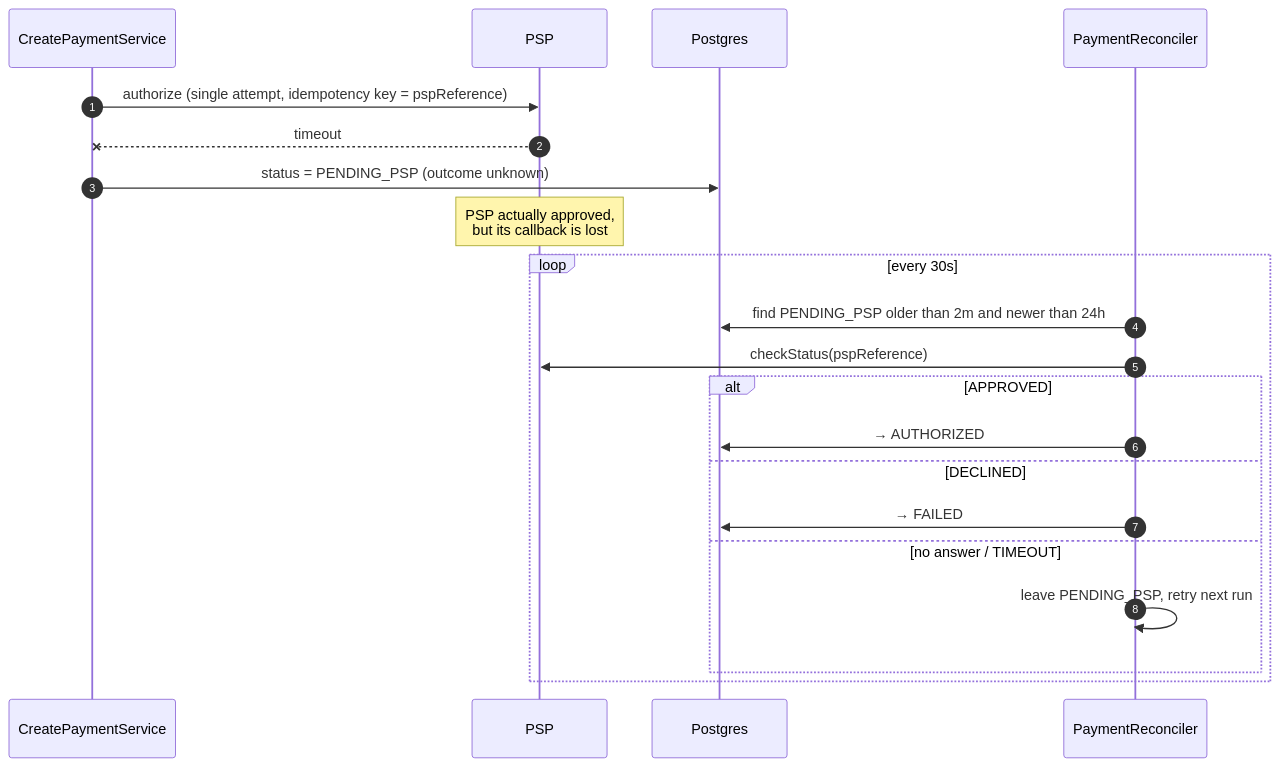
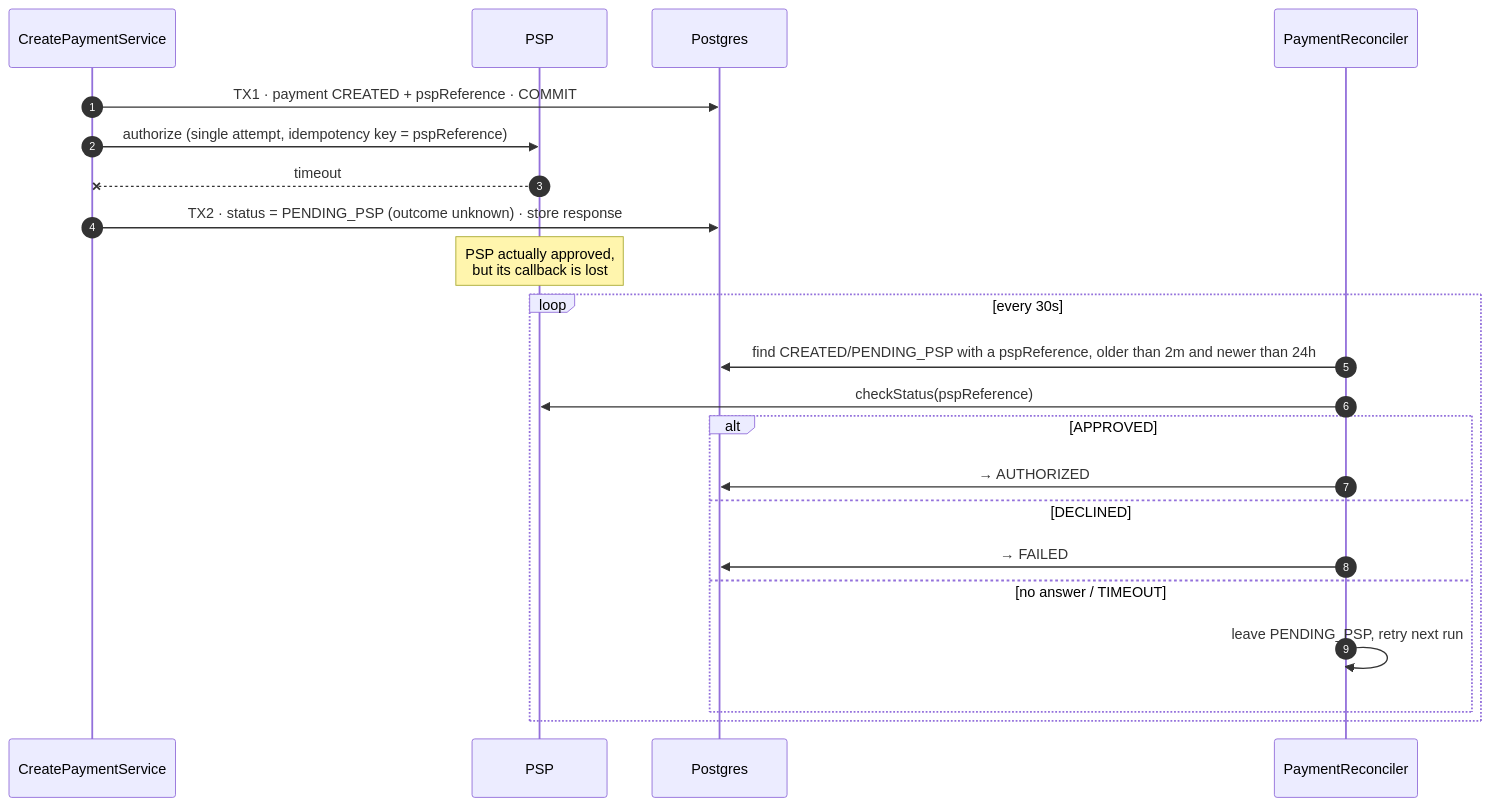
The fifth of 11 diagrams in README.md (Hurdadd/openpay-platform), drawn with Mermaid before and after one commit. The commit also changed other lines of this file and 12 other files, not shown here.

````diff
--- a/README.md
+++ b/README.md
@@ -188,24 +191,25 @@
 ```mermaid
 sequenceDiagram
     autonumber
     participant UC as CreatePaymentService
     participant PSP as PSP
     participant DB as Postgres
     participant R as PaymentReconciler
 
+    UC->>DB: TX1 · payment CREATED + pspReference · COMMIT
     UC->>PSP: authorize (single attempt, idempotency key = pspReference)
     PSP--xUC: timeout
-    UC->>DB: status = PENDING_PSP (outcome unknown)
+    UC->>DB: TX2 · status = PENDING_PSP (outcome unknown) · store response
     Note over PSP: PSP actually approved,<br/>but its callback is lost
     loop every 30s
-        R->>DB: find PENDING_PSP older than 2m and newer than 24h
+        R->>DB: find CREATED/PENDING_PSP with a pspReference, older than 2m and newer than 24h
         R->>PSP: checkStatus(pspReference)
         alt APPROVED
             R->>DB: → AUTHORIZED
         else DECLINED
             R->>DB: → FAILED
         else no answer / TIMEOUT
             R->>R: leave PENDING_PSP, retry next run
         end
     end
 ```
````
